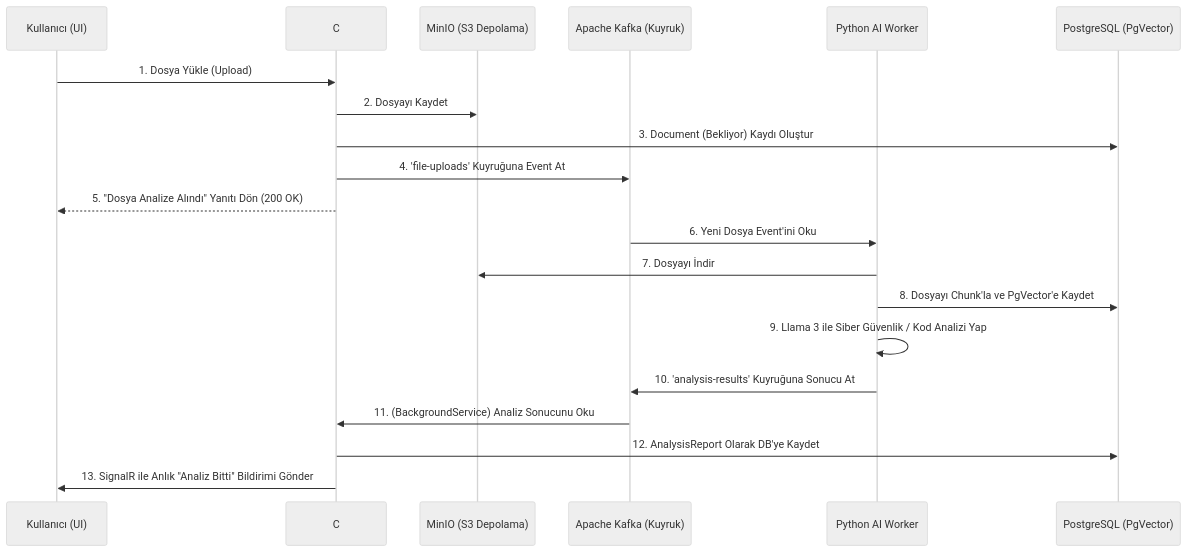
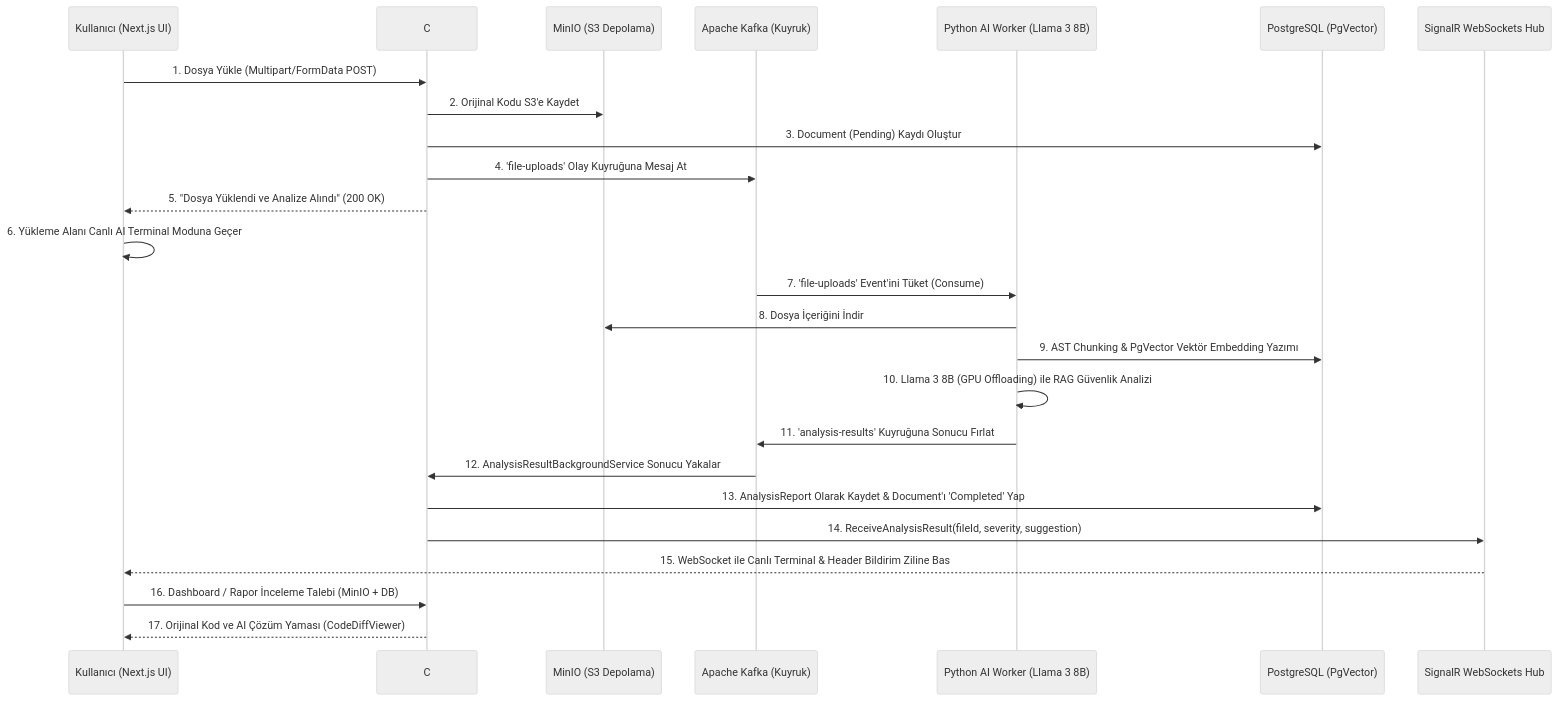
The diagram in PROJECT_STATUS_REPORT.md (Aytekseng/CodeMind-AI), drawn with Mermaid (neutral theme) before and after one commit. The commit also changed other lines of this file and 3 other files, not shown here.

Commit message:
docs & feat: update project status report, refine code diff tabs with fixed layout, and activate hero actions

````diff
--- a/PROJECT_STATUS_REPORT.md
+++ b/PROJECT_STATUS_REPORT.md
@@ -11,25 +11,31 @@
 ```mermaid
 sequenceDiagram
-    participant User as Kullanıcı (UI)
+    participant User as Kullanıcı (Next.js UI)
     participant API as C# Web API (Orkestratör)
     participant MinIO as MinIO (S3 Depolama)
     participant Kafka as Apache Kafka (Kuyruk)
-    participant Python as Python AI Worker
+    participant Python as Python AI Worker (Llama 3 8B)
     participant DB as PostgreSQL (PgVector)
+    participant Hub as SignalR WebSockets Hub
 
-    User->>API: 1. Dosya Yükle (Upload)
-    API->>MinIO: 2. Dosyayı Kaydet
-    API->>DB: 3. Document (Bekliyor) Kaydı Oluştur
-    API->>Kafka: 4. 'file-uploads' Kuyruğuna Event At
-    API-->>User: 5. "Dosya Analize Alındı" Yanıtı Dön (200 OK)
+    User->>API: 1. Dosya Yükle (Multipart/FormData POST)
+    API->>MinIO: 2. Orijinal Kodu S3'e Kaydet
+    API->>DB: 3. Document (Pending) Kaydı Oluştur
+    API->>Kafka: 4. 'file-uploads' Olay Kuyruğuna Mesaj At
+    API-->>User: 5. "Dosya Yüklendi ve Analize Alındı" (200 OK)
     
-    Kafka->>Python: 6. Yeni Dosya Event'ini Oku
-    Python->>MinIO: 7. Dosyayı İndir
-    Python->>DB: 8. Dosyayı Chunk'la ve PgVector'e Kaydet
-    Python->>Python: 9. Llama 3 ile Siber Güvenlik / Kod Analizi Yap
-    Python->>Kafka: 10. 'analysis-results' Kuyruğuna Sonucu At
+    User->>User: 6. Yükleme Alanı Canlı AI Terminal Moduna Geçer
     
-    Kafka->>API: 11. (BackgroundService) Analiz Sonucunu Oku
-    API->>DB: 12. AnalysisReport Olarak DB'ye Kaydet
-    API->>User: 13. SignalR ile Anlık "Analiz Bitti" Bildirimi Gönder
+    Kafka->>Python: 7. 'file-uploads' Event'ini Tüket (Consume)
+    Python->>MinIO: 8. Dosya İçeriğini İndir
+    Python->>DB: 9. AST Chunking & PgVector Vektör Embedding Yazımı
+    Python->>Python: 10. Llama 3 8B (GPU Offloading) ile RAG Güvenlik Analizi
+    Python->>Kafka: 11. 'analysis-results' Kuyruğuna Sonucu Fırlat
+    
+    Kafka->>API: 12. AnalysisResultBackgroundService Sonucu Yakalar
+    API->>DB: 13. AnalysisReport Olarak Kaydet & Document'ı 'Completed' Yap
+    API->>Hub: 14. ReceiveAnalysisResult(fileId, severity, suggestion)
+    Hub-->>User: 15. WebSocket ile Canlı Terminal & Header Bildirim Ziline Bas
+    User->>API: 16. Dashboard / Rapor İnceleme Talebi (MinIO + DB)
+    API-->>User: 17. Orijinal Kod ve AI Çözüm Yaması (CodeDiffViewer)
 ```
````
